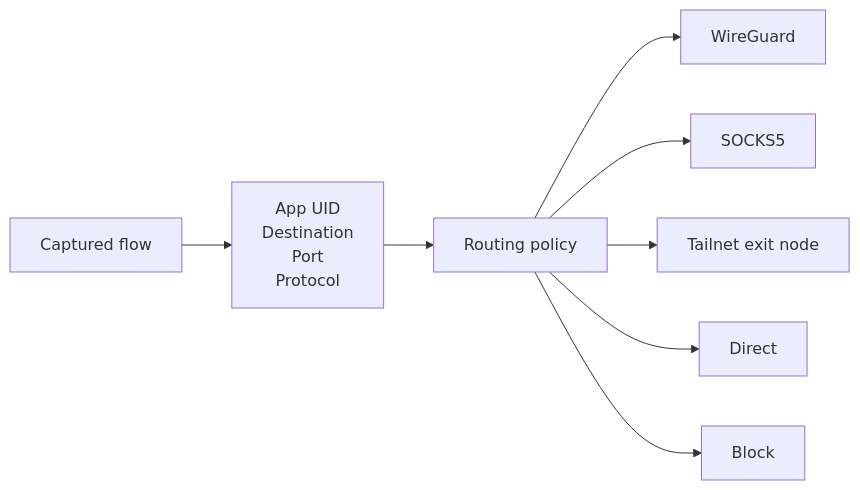
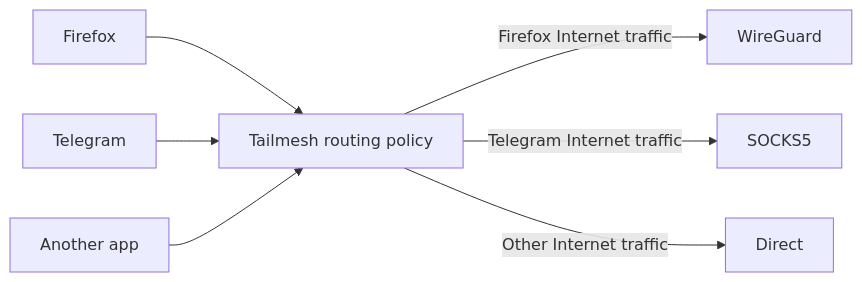
Before and after one commit to franticplant/tailmesh-android: the second of 4 diagrams in README.md, drawn with Mermaid. The commit also changed other lines of this file, not shown here.

Commit message:
README: lead with multi-Tailnet behavior and per-app routing

````diff
--- a/README.md
+++ b/README.md
@@ -89,23 +43,20 @@
 ```mermaid
 flowchart LR
-    FLOW["Captured flow"]
+    FIREFOX["Firefox"]
+    TELEGRAM["Telegram"]
+    OTHER["Another app"]
 
-    META["App UID<br/>Destination<br/>Port<br/>Protocol"]
+    POLICY["Tailmesh routing policy"]
 
-    POLICY["Routing policy"]
+    WG["WireGuard"]
+    SOCKS["SOCKS5"]
+    DIRECT["Direct"]
 
-    U1["WireGuard"]
-    U2["SOCKS5"]
-    U3["Tailnet exit node"]
-    U4["Direct"]
-    BLOCK["Block"]
+    FIREFOX --> POLICY
+    TELEGRAM --> POLICY
+    OTHER --> POLICY
 
-    FLOW --> META
-    META --> POLICY
-
-    POLICY --> U1
-    POLICY --> U2
-    POLICY --> U3
-    POLICY --> U4
-    POLICY --> BLOCK
+    POLICY -->|"Firefox Internet traffic"| WG
+    POLICY -->|"Telegram Internet traffic"| SOCKS
+    POLICY -->|"Other Internet traffic"| DIRECT
 ```
````
